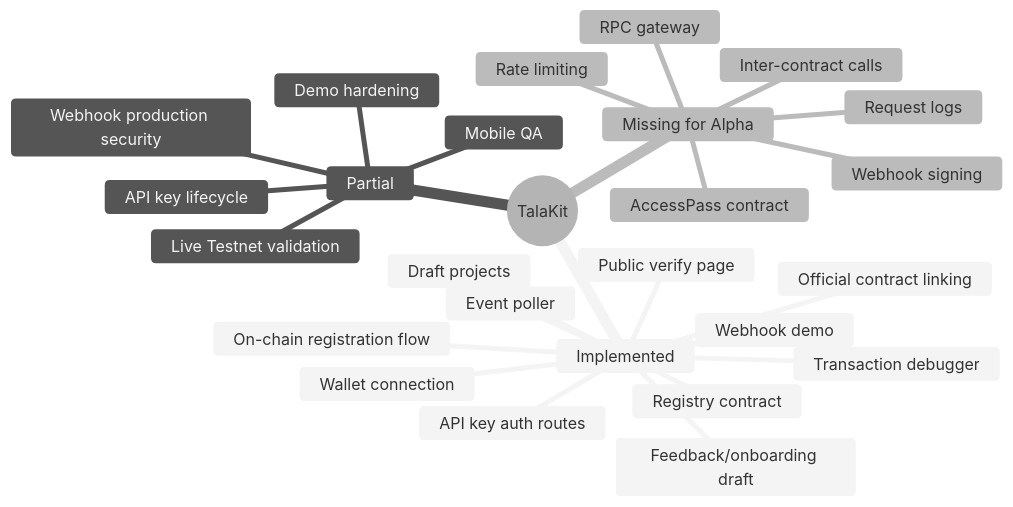
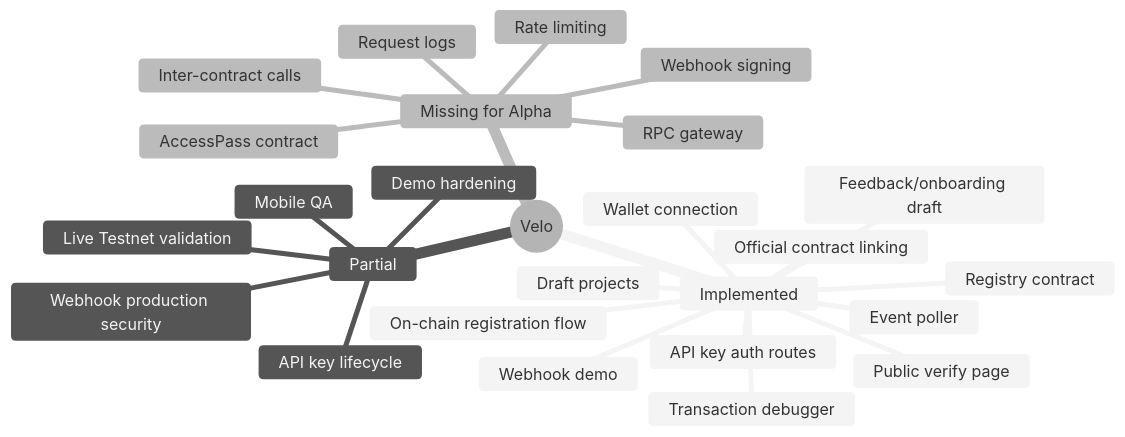
The second of 2 diagrams in docs/prds/talakit-project-status-report-2026-06-29.md (Carts1024/Velo), drawn with Mermaid (neutral theme) before and after one commit. The commit also changed other lines of this file and 43 other files, not shown here.

Commit message:
♻️ refactor: rename project from TalaKit to Velo across codebase and documentation

````diff
--- a/docs/prds/talakit-project-status-report-2026-06-29.md
+++ b/docs/prds/talakit-project-status-report-2026-06-29.md
@@ -580,29 +580,29 @@
 ```mermaid
 mindmap
-  root((TalaKit))
+  root((Velo))
     Implemented
       Wallet connection
       Draft projects
       Registry contract
       On-chain registration flow
       Official contract linking
       Public verify page
       Transaction debugger
       Event poller
       Webhook demo
       API key auth routes
       Feedback/onboarding draft
     Partial
       API key lifecycle
       Demo hardening
       Mobile QA
       Live Testnet validation
       Webhook production security
     Missing for Alpha
       AccessPass contract
       Inter-contract calls
       RPC gateway
       Request logs
       Rate limiting
       Webhook signing
 ```
````
